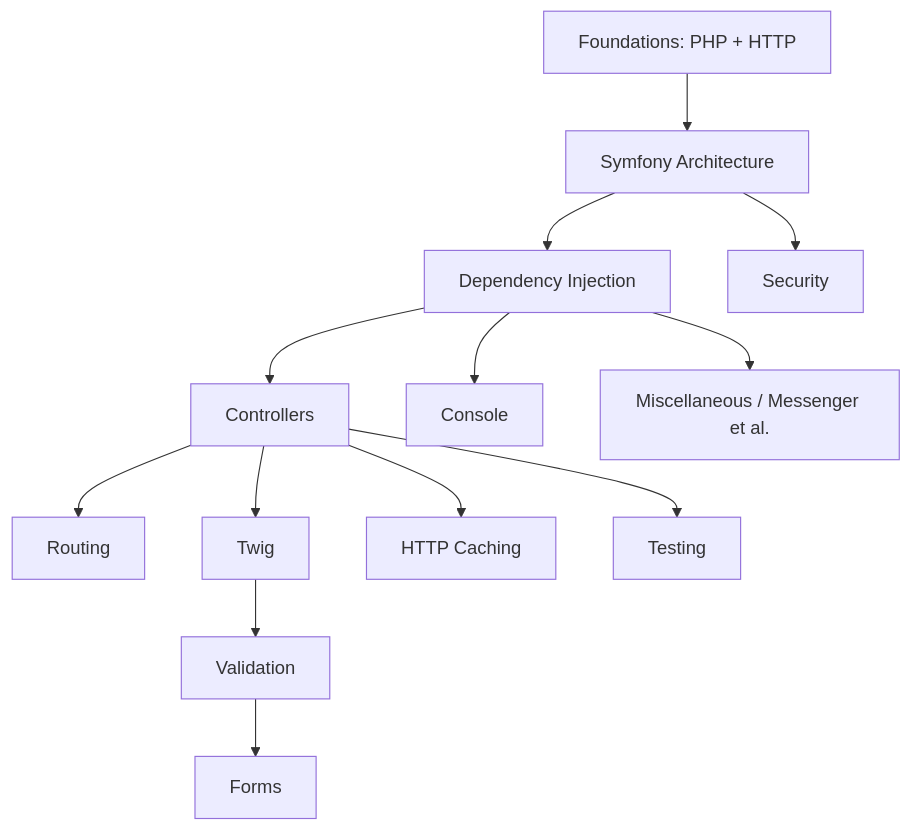
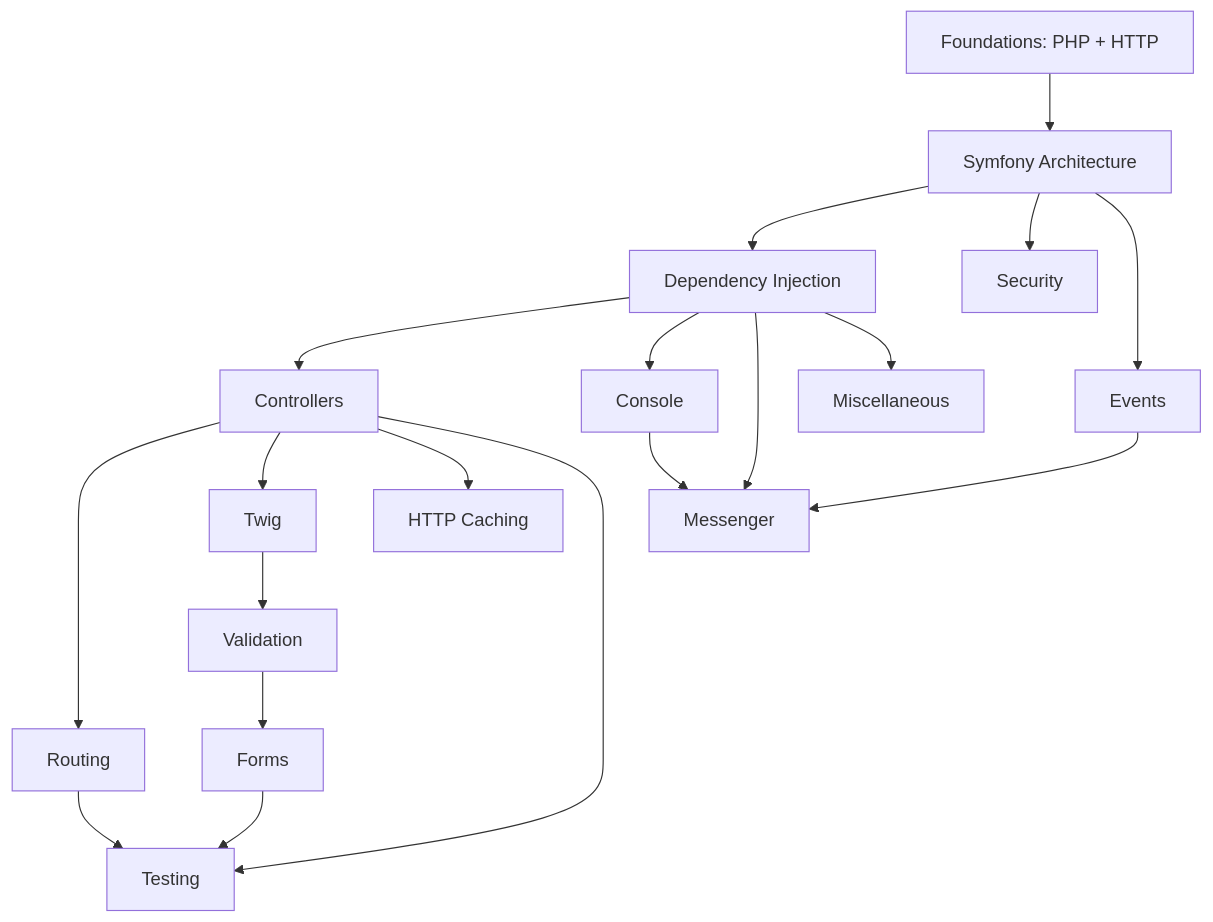
One commit to jasseryah-mazars/Sf-8.0 changed the second of 2 diagrams in docs/roadmap.fr.md. Above: the diagram before and after it, drawn with Mermaid. The commit also changed other lines of this file and 14 other files, not shown here.

````diff
--- a/docs/roadmap.fr.md
+++ b/docs/roadmap.fr.md
@@ -53,15 +53,21 @@
 ```mermaid
 flowchart TD
     F[Foundations: PHP + HTTP] --> A[Symfony Architecture]
     A --> DI[Dependency Injection]
     DI --> C[Controllers]
     C --> R[Routing]
     C --> T[Twig]
     T --> V[Validation]
     V --> FO[Forms]
     A --> S[Security]
     C --> HC[HTTP Caching]
     DI --> CO[Console]
+    A --> EV[Events]
+    DI --> ME[Messenger]
+    CO --> ME
+    EV --> ME
     C --> TE[Testing]
-    DI --> M[Miscellaneous / Messenger et al.]
+    R --> TE
+    FO --> TE
+    DI --> M[Miscellaneous]
 ```
````
